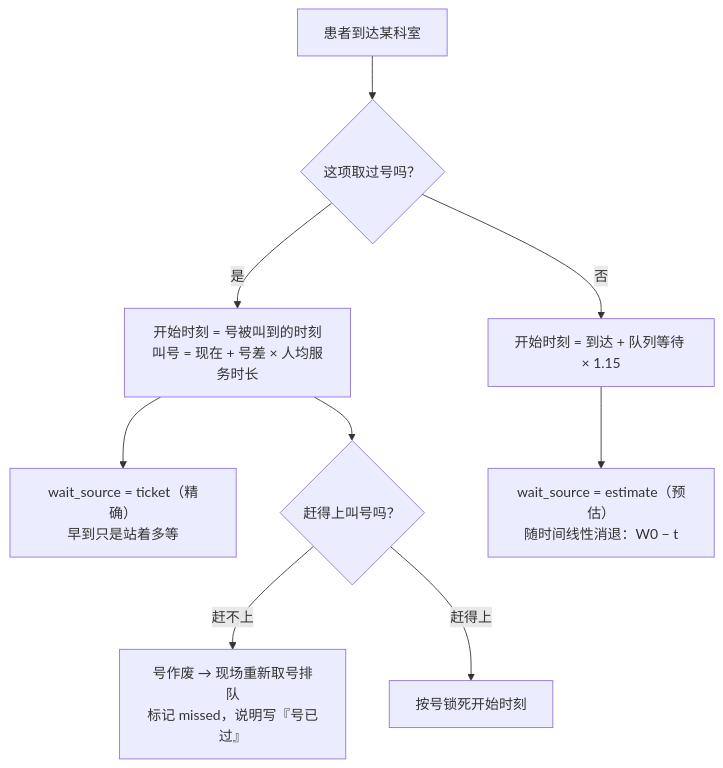
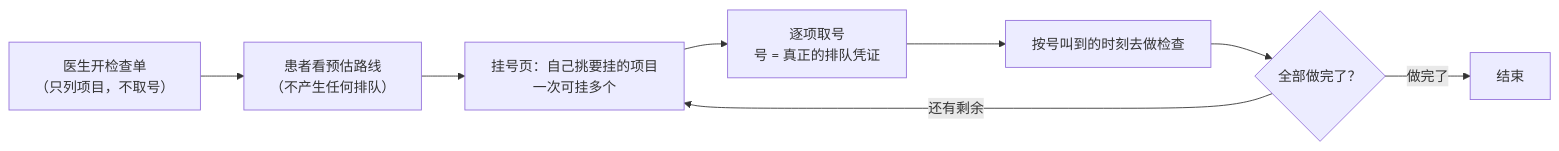
One commit to fore-blip/exam-scheduler changed the first of 5 diagrams in docs/研发文档-V2-20261104.md. Above: the diagram before and after it, drawn with Mermaid. The commit also changed other lines of this file, not shown here.

Commit message:
docs: 研发文档改写为「改动点 + 实际意义 + 图解」风格

````diff
--- a/docs/研发文档-V2-20261104.md
+++ b/docs/研发文档-V2-20261104.md
@@ -118,11 +23,10 @@
 ```mermaid
-flowchart TD
-    A["患者到达某科室"] --> B{"这项取过号吗？"}
-    B -->|"是"| C["开始时刻 = 号被叫到的时刻<br/>叫号 = 现在 + 号差 × 人均服务时长"]
-    B -->|"否"| D["开始时刻 = 到达 + 队列等待 × 1.15"]
-    C --> E["wait_source = ticket（精确）<br/>早到只是站着多等"]
-    D --> F["wait_source = estimate（预估）<br/>随时间线性消退：W0 − t"]
-    C --> G{"赶得上叫号吗？"}
-    G -->|"赶不上"| H["号作废 → 现场重新取号排队<br/>标记 missed，说明写『号已过』"]
-    G -->|"赶得上"| I["按号锁死开始时刻"]
+flowchart LR
+    A["医生开检查单<br/>（只列项目，不取号）"] --> B["患者看预估路线<br/>（不产生任何排队）"]
+    B --> C["挂号页：自己挑要挂的项目<br/>一次可挂多个"]
+    C --> D["逐项取号<br/>号 = 真正的排队凭证"]
+    D --> E["按号叫到的时刻去做检查"]
+    E --> F{"全部做完了？"}
+    F -->|"还有剩余"| C
+    F -->|"做完了"| G["结束"]
 ```
````
